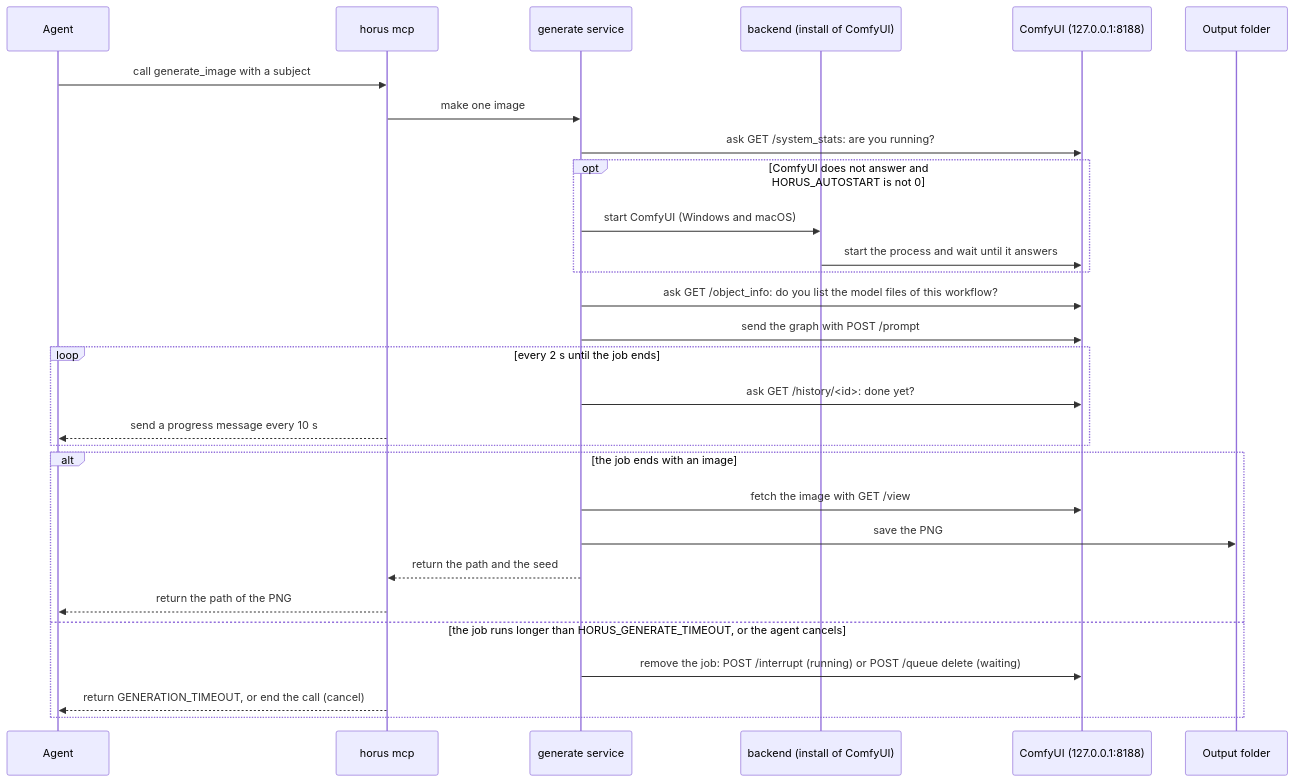
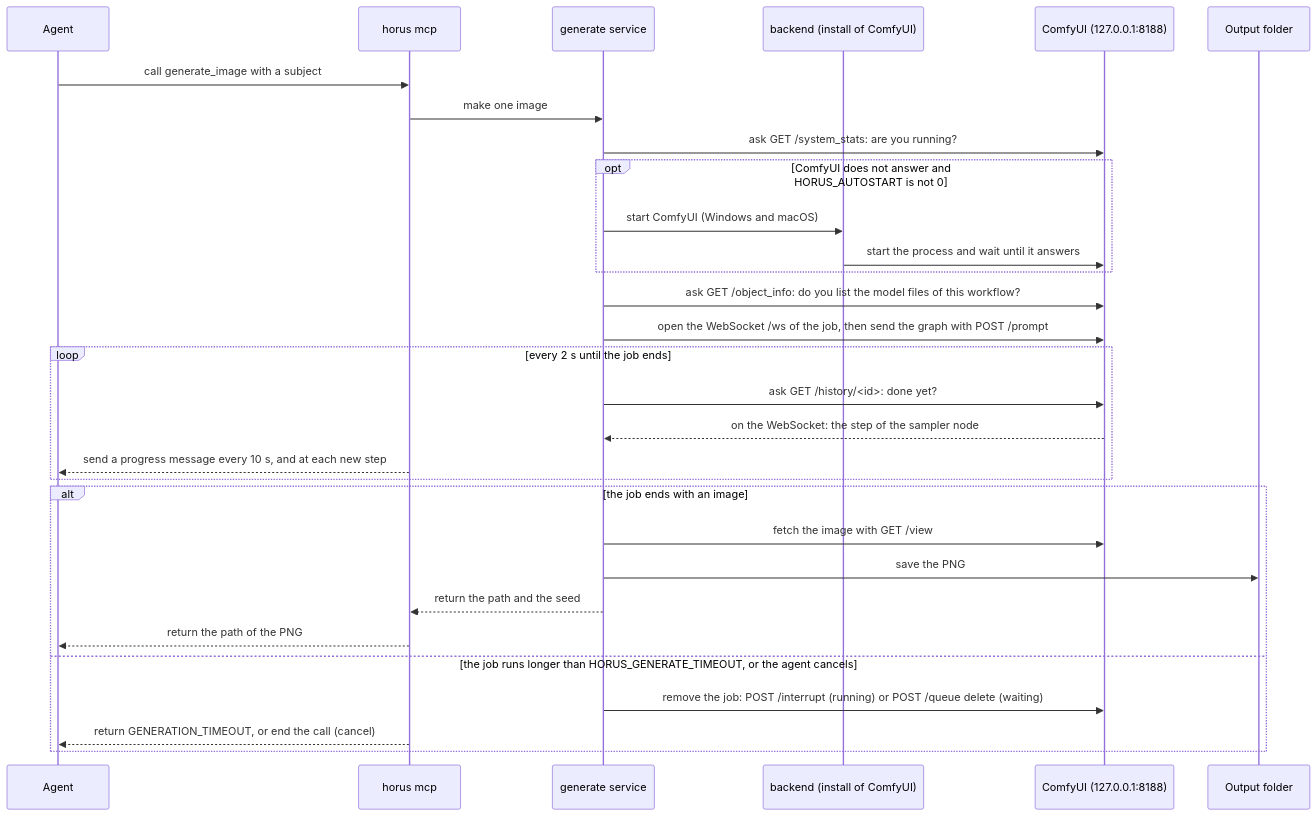
The fifth of 10 diagrams in docs/mcp.md (hieplam/horus), drawn with Mermaid before and after one commit. The commit also changed other lines of this file and 20 other files, not shown here.

````diff
--- a/docs/mcp.md
+++ b/docs/mcp.md
@@ -190,31 +190,32 @@
 ```mermaid
 sequenceDiagram
   participant A as Agent
   participant S as horus mcp
   participant G as generate service
   participant B as backend (install of ComfyUI)
   participant C as ComfyUI (127.0.0.1:8188)
   participant F as Output folder
   A->>S: call generate_image with a subject
   S->>G: make one image
   G->>C: ask GET /system_stats: are you running?
   opt ComfyUI does not answer and HORUS_AUTOSTART is not 0
     G->>B: start ComfyUI (Windows and macOS)
     B->>C: start the process and wait until it answers
   end
   G->>C: ask GET /object_info: do you list the model files of this workflow?
-  G->>C: send the graph with POST /prompt
+  G->>C: open the WebSocket /ws of the job, then send the graph with POST /prompt
   loop every 2 s until the job ends
     G->>C: ask GET /history/<id>: done yet?
-    S-->>A: send a progress message every 10 s
+    C-->>G: on the WebSocket: the step of the sampler node
+    S-->>A: send a progress message every 10 s, and at each new step
   end
   alt the job ends with an image
     G->>C: fetch the image with GET /view
     G->>F: save the PNG
     G-->>S: return the path and the seed
     S-->>A: return the path of the PNG
   else the job runs longer than HORUS_GENERATE_TIMEOUT, or the agent cancels
     G->>C: remove the job: POST /interrupt (running) or POST /queue delete (waiting)
     S-->>A: return GENERATION_TIMEOUT, or end the call (cancel)
   end
 ```
````
